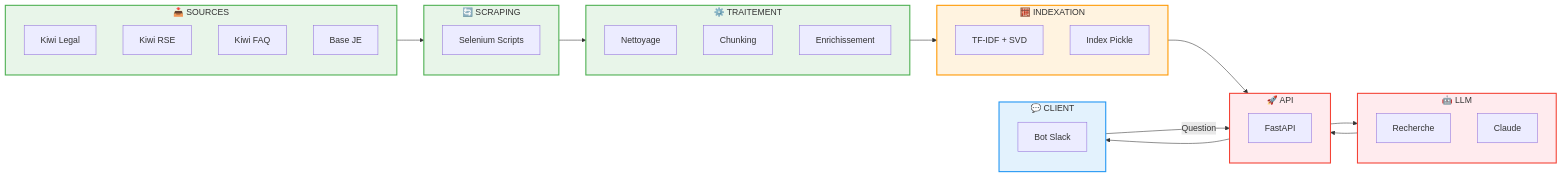
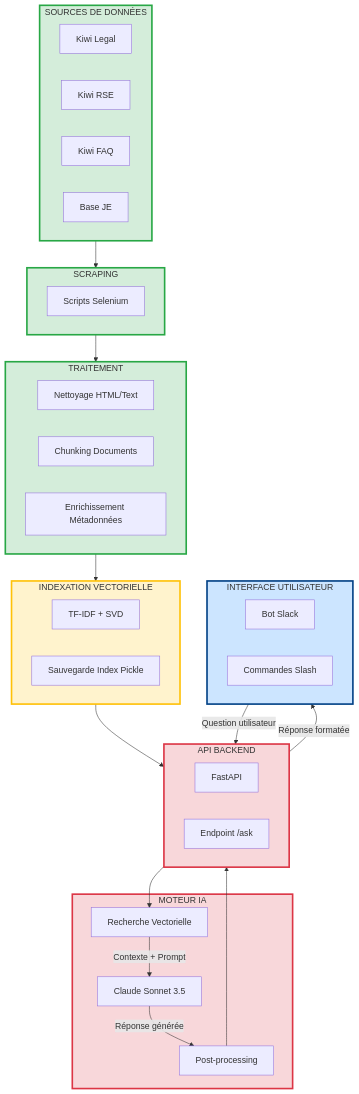
The first of 2 diagrams in README2.md (llantrua/Comply-AI-ChatBot), drawn with Mermaid before and after one commit. The commit also changed other lines of this file, not shown here.

````diff
--- a/README2.md
+++ b/README2.md
@@ -108,54 +110,60 @@
 ```mermaid
-flowchart LR
-    subgraph Sources["📥 SOURCES"]
+flowchart TD
+    subgraph Sources["SOURCES DE DONNÉES"]
         S1[Kiwi Legal]
         S2[Kiwi RSE]
         S3[Kiwi FAQ]
         S4[Base JE]
     end
-
-    subgraph Scraping["🔄 SCRAPING"]
-        SC[Selenium Scripts]
+    
+    subgraph Scraping["SCRAPING"]
+        SC[Scripts Selenium]
     end
-
-    subgraph Process["⚙️ TRAITEMENT"]
-        P1[Nettoyage]
-        P2[Chunking]
-        P3[Enrichissement]
+    
+    subgraph Process["TRAITEMENT"]
+        P1[Nettoyage HTML/Text]
+        P2[Chunking Documents]
+        P3[Enrichissement Métadonnées]
     end
-
-    subgraph Index["🧮 INDEXATION"]
+    
+    subgraph Index["INDEXATION VECTORIELLE"]
         I1[TF-IDF + SVD]
-        I2[Index Pickle]
+        I2[Sauvegarde Index Pickle]
     end
-
-    subgraph API["🚀 API"]
+    
+    subgraph API["API BACKEND"]
         A1[FastAPI]
+        A2[Endpoint /ask]
     end
-
-    subgraph LLM["🤖 LLM"]
-        L1[Recherche]
-        L2[Claude]
+    
+    subgraph LLM["MOTEUR IA"]
+        L1[Recherche Vectorielle]
+        L2[Claude Sonnet 3.5]
+        L3[Post-processing]
     end
-
-    subgraph Client["💬 CLIENT"]
+    
+    subgraph Client["INTERFACE UTILISATEUR"]
         C1[Bot Slack]
+        C2[Commandes Slash]
     end
-
+    
     Sources --> Scraping
     Scraping --> Process
     Process --> Index
     Index --> API
-    API --> LLM
-    LLM --> API
-    API --> Client
-    Client -->|Question| API
-
-    style Sources fill:#e8f5e9,stroke:#4caf50,stroke-width:2px
-    style Scraping fill:#e8f5e9,stroke:#4caf50,stroke-width:2px
-    style Process fill:#e8f5e9,stroke:#4caf50,stroke-width:2px
-    style Index fill:#fff3e0,stroke:#ff9800,stroke-width:2px
-    style API fill:#ffebee,stroke:#f44336,stroke-width:2px
-    style LLM fill:#ffebee,stroke:#f44336,stroke-width:2px
-    style Client fill:#e3f2fd,stroke:#2196f3,stroke-width:2px
+    
+    Client -->|Question utilisateur| API
+    API --> L1
+    L1 -->|Contexte + Prompt| L2
+    L2 -->|Réponse générée| L3
+    L3 --> API
+    API -->|Réponse formatée| Client
+    
+    style Sources fill:#d4edda,stroke:#28a745,stroke-width:3px
+    style Scraping fill:#d4edda,stroke:#28a745,stroke-width:3px
+    style Process fill:#d4edda,stroke:#28a745,stroke-width:3px
+    style Index fill:#fff3cd,stroke:#ffc107,stroke-width:3px
+    style API fill:#f8d7da,stroke:#dc3545,stroke-width:3px
+    style LLM fill:#f8d7da,stroke:#dc3545,stroke-width:3px
+    style Client fill:#cce5ff,stroke:#004085,stroke-width:3px
 ```
````
